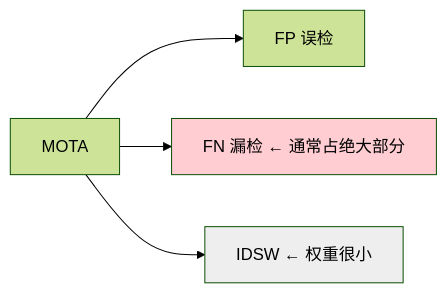
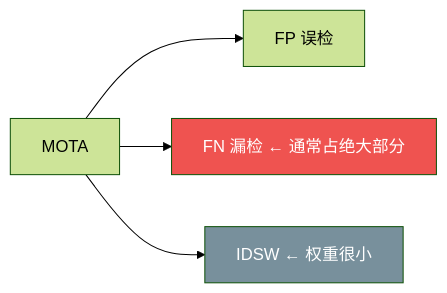
Before and after one commit to yyq19990828/onnxtools: the third of 8 diagrams in docs/guides/tracking/metrics.md, drawn with Mermaid (forest theme). The commit also changed other lines of this file and 12 other files, not shown here.

First line of the commit message:
fix(docs): 修复 mermaid 暗色模式配色 + 语法报错 + 数学公式渲染

````diff
--- a/docs/guides/tracking/metrics.md
+++ b/docs/guides/tracking/metrics.md
@@ -59,8 +59,8 @@
 ```mermaid
 graph LR
     MOTA["MOTA"] --> FP["FP 误检"]
     MOTA --> FN["FN 漏检 ← 通常占绝大部分"]
     MOTA --> IDSW["IDSW ← 权重很小"]
-    style FN fill:#ffcdd2
-    style IDSW fill:#eeeeee
+    style FN fill:#ef5350,color:#fff
+    style IDSW fill:#78909c,color:#fff
 ```
````
